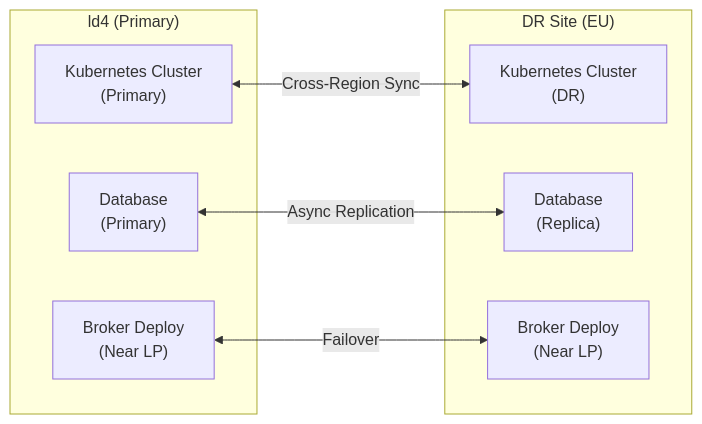
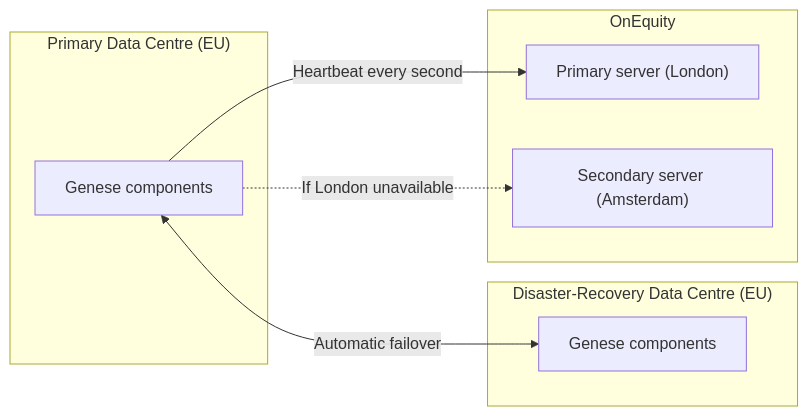
Before and after one commit to blackholefund/external_docs: the second of 2 diagrams in README.md, drawn with Mermaid. The commit also changed other lines of this file and 17 other files, not shown here.

````diff
--- a/README.md
+++ b/README.md
@@ -72,18 +63,19 @@
 ```mermaid
 flowchart LR
-    subgraph LD4["ld4 (Primary)"]
-        L_EKS["Kubernetes Cluster\n(Primary)"]
-        L_DB["Database\n(Primary)"]
-        L_Broker["Broker Deploy\n(Near LP)"]
+    subgraph Primary["Primary Data Centre (EU)"]
+        P["Genese components"]
     end
 
-    subgraph DR["DR Site (EU)"]
-        D_EKS["Kubernetes Cluster\n(DR)"]
-        D_DB["Database\n(Replica)"]
-        D_Broker["Broker Deploy\n(Near LP)"]
+    subgraph DR["Disaster-Recovery Data Centre (EU)"]
+        D["Genese components"]
     end
 
-    L_EKS <-->|"Cross-Region Sync"| D_EKS
-    L_DB <-->|"Async Replication"| D_DB
-    L_Broker <-->|"Failover"| D_Broker
+    subgraph Broker["OnEquity"]
+        London["Primary server (London)"]
+        Amsterdam["Secondary server (Amsterdam)"]
+    end
+
+    P <-->|"Automatic failover"| D
+    P -->|"Heartbeat every second"| London
+    P -.->|"If London unavailable"| Amsterdam
 ```
````
